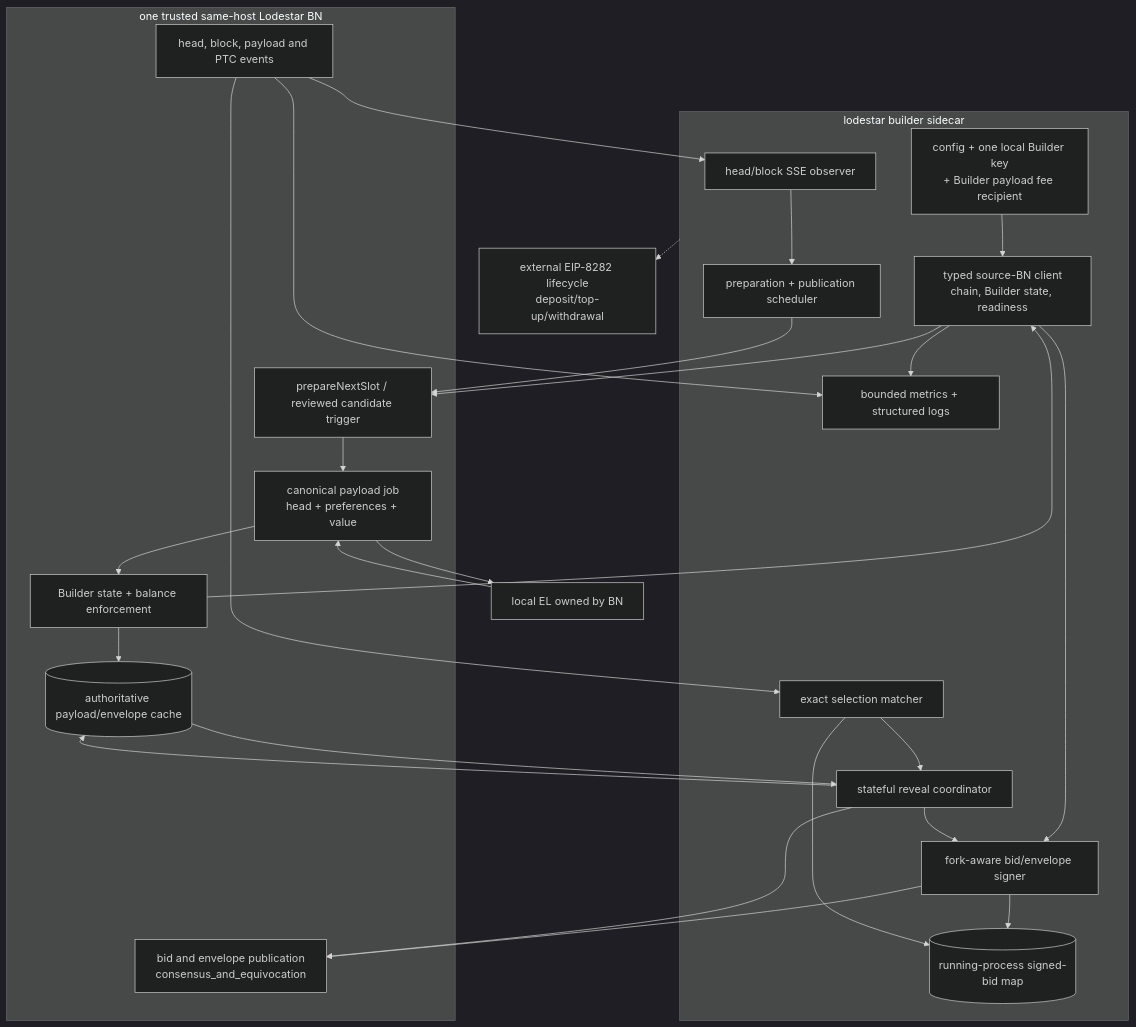
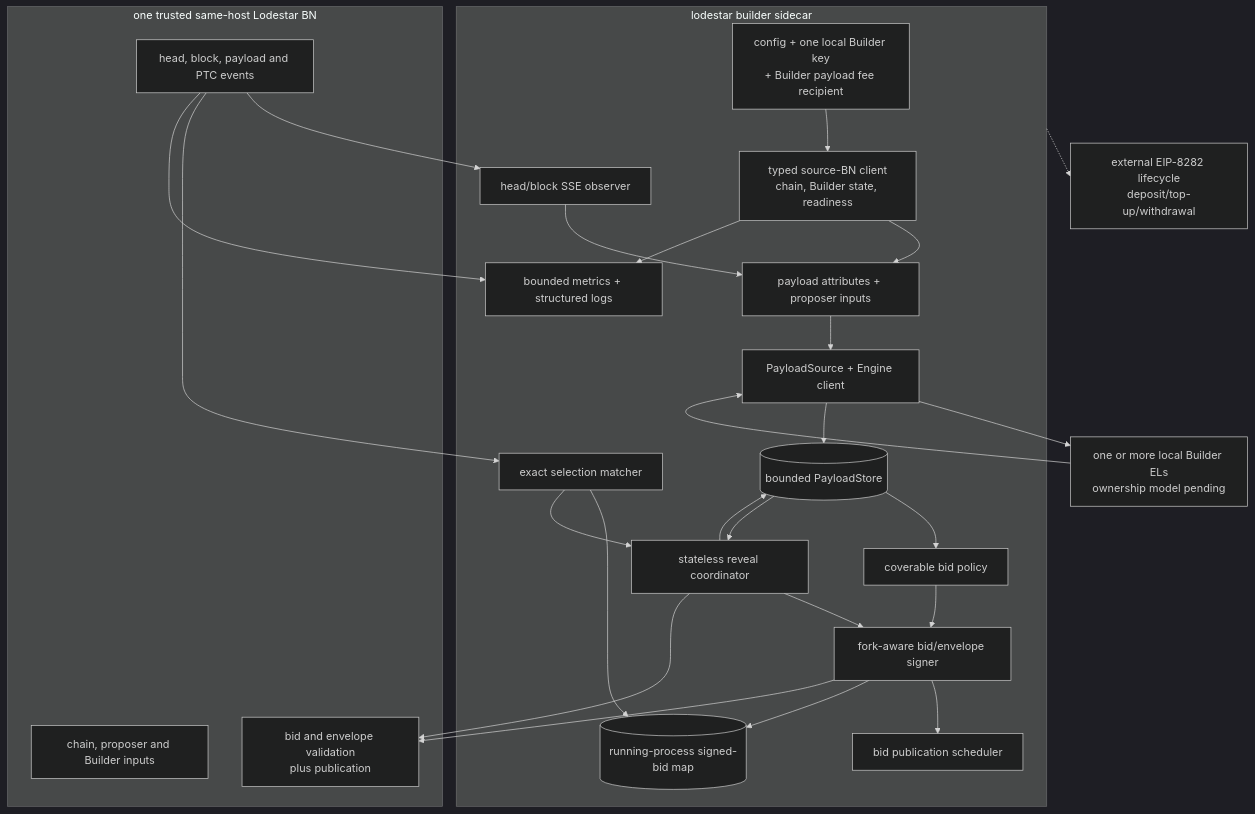
One commit to krisoshea-eth/lodestar-eip-7732-builder-docs changed the third of 4 diagrams in docs/living-technical-note.md. Above: the diagram before and after it, drawn with Mermaid (dark theme). The commit also changed other lines of this file and 3 other files, not shown here.

````diff
--- a/docs/living-technical-note.md
+++ b/docs/living-technical-note.md
@@ -485,44 +483,46 @@
 ```mermaid
 flowchart TB
     subgraph BLD["lodestar builder sidecar"]
         CFG["config + one local Builder key<br/>+ Builder payload fee recipient"]
         API["typed source-BN client<br/>chain, Builder state, readiness"]
         HEAD["head/block SSE observer"]
-        SCHED["preparation + publication scheduler"]
+        INPUTS["payload attributes + proposer inputs"]
+        ENGINE["PayloadSource + Engine client"]
+        STORE[("bounded PayloadStore")]
+        POLICY["coverable bid policy"]
+        SCHED["bid publication scheduler"]
         SIGN["fork-aware bid/envelope signer"]
         LOCAL[("running-process signed-bid map")]
         SELECT["exact selection matcher"]
-        REV["stateful reveal coordinator"]
+        REV["stateless reveal coordinator"]
         OBS["bounded metrics + structured logs"]
     end
 
     subgraph BN["one trusted same-host Lodestar BN"]
-        PREP["prepareNextSlot / reviewed candidate trigger"]
-        PAY["canonical payload job<br/>head + preferences + value"]
-        BAL["Builder state + balance enforcement"]
-        CACHE[("authoritative payload/envelope cache")]
-        PUB["bid and envelope publication<br/>consensus_and_equivocation"]
+        STATE["chain, proposer and Builder inputs"]
+        PUB["bid and envelope validation<br/>plus publication"]
         EVENTS["head, block, payload and PTC events"]
     end
 
-    EL["local EL owned by BN"]
+    EL["one or more local Builder ELs<br/>ownership model pending"]
     REG["external EIP-8282 lifecycle<br/>deposit/top-up/withdrawal"]
 
     CFG --> API
-    API --> PREP
-    HEAD --> SCHED --> PREP
-    PREP --> PAY --> EL
-    EL --> PAY --> BAL --> CACHE
-    BAL --> API --> SIGN
+    API --> INPUTS
+    HEAD --> INPUTS --> ENGINE
+    ENGINE --> EL
+    EL --> ENGINE --> STORE
+    STORE --> POLICY --> SIGN
+    SIGN --> SCHED
     SIGN --> LOCAL
     SIGN --> PUB
     EVENTS --> HEAD
     EVENTS --> SELECT
     SELECT --> LOCAL
-    SELECT --> REV --> CACHE
-    CACHE --> REV --> SIGN
+    SELECT --> REV --> STORE
+    STORE --> REV --> SIGN
     REV --> PUB
     API --> OBS
     EVENTS --> OBS
     BLD -.-> REG
 ```
````
